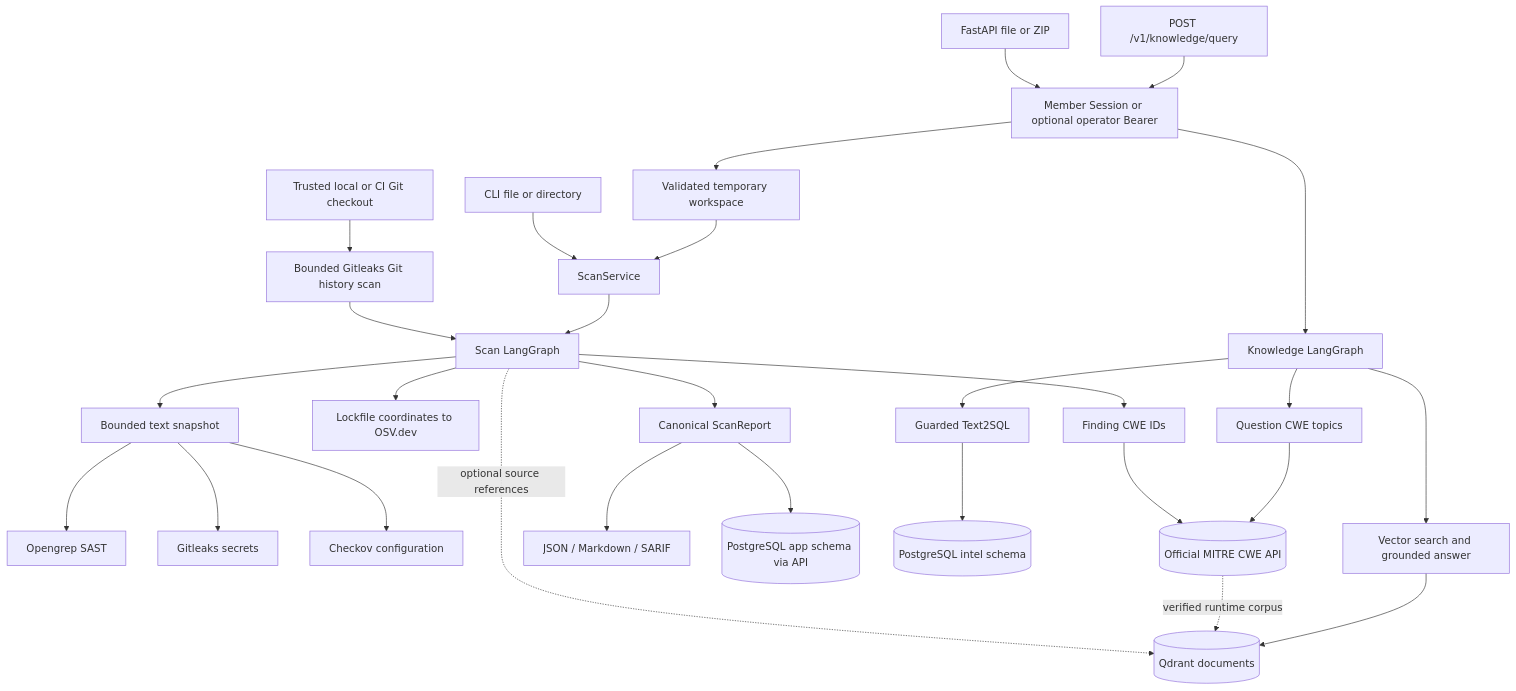
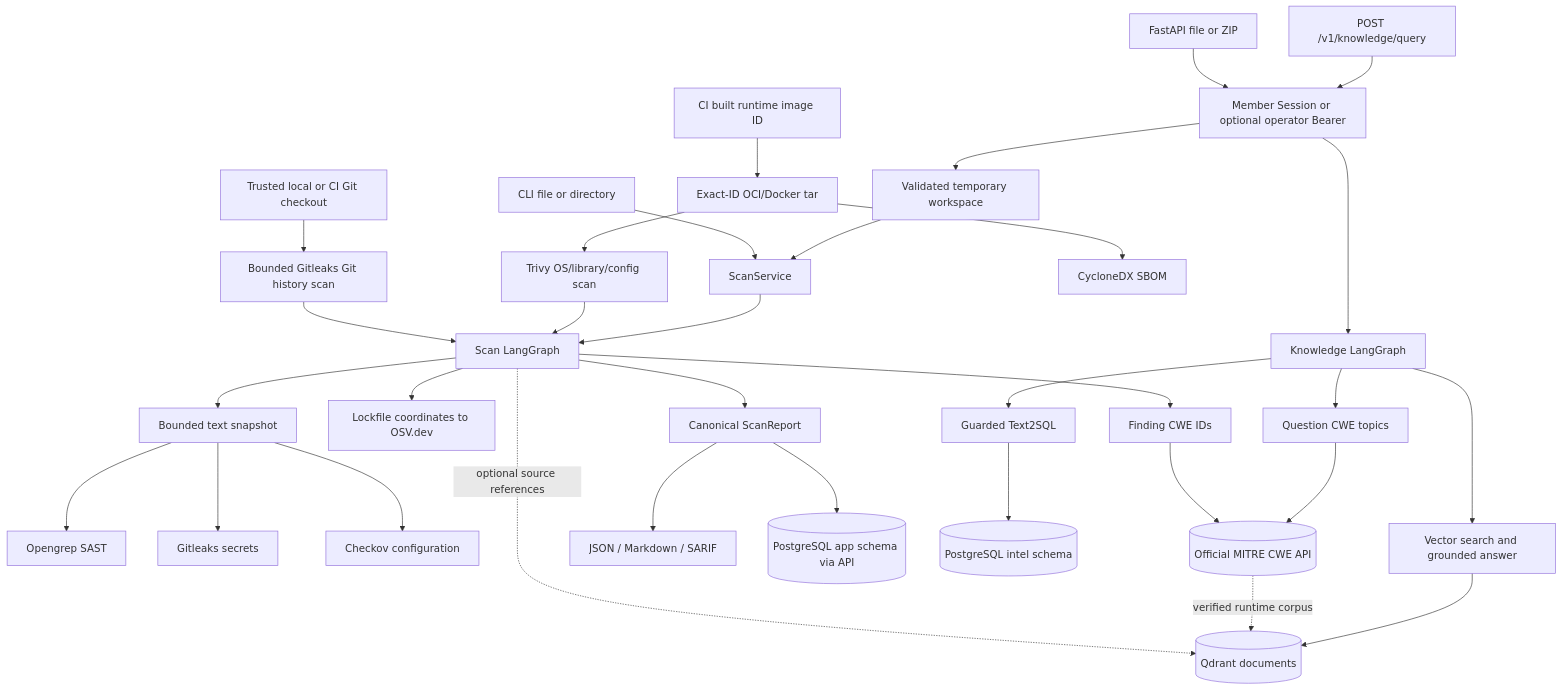
The diagram in docs/architecture.md (taehyeon-git/SecRAGraph), drawn with Mermaid before and after one commit. The commit also changed other lines of this file and 31 other files, not shown here.

First line of the commit message:
Add runtime image scanning and CycloneDX SBOM

````diff
--- a/docs/architecture.md
+++ b/docs/architecture.md
@@ -7,30 +7,34 @@
 ```mermaid
 flowchart TB
   FILE[CLI file or directory] --> SCAN[ScanService]
   HISTORY[Trusted local or CI Git checkout] --> HSCAN[Bounded Gitleaks Git history scan]
   HSCAN --> SGRAPH
+  IMAGE[CI built runtime image ID] --> ITAR[Exact-ID OCI/Docker tar]
+  ITAR --> ISCANNER[Trivy OS/library/config scan]
+  ISCANNER --> SGRAPH
+  ITAR --> SBOM[CycloneDX SBOM]
   UPLOAD[FastAPI file or ZIP] --> AUTH[Member Session or optional operator Bearer]
   AUTH --> TEMP[Validated temporary workspace]
   TEMP --> SCAN
   SCAN --> SGRAPH[Scan LangGraph]
   SGRAPH --> SNAP[Bounded text snapshot]
   SNAP --> SAST[Opengrep SAST]
   SNAP --> SECRET[Gitleaks secrets]
   SNAP --> CONFIG[Checkov configuration]
   SGRAPH --> OSV[Lockfile coordinates to OSV.dev]
   SGRAPH --> CWE[Finding CWE IDs]
   CWE --> MITRE[(Official MITRE CWE API)]
   SGRAPH -. optional source references .-> QDRANT[(Qdrant documents)]
   SGRAPH --> CANON[Canonical ScanReport]
   CANON --> FORMATS[JSON / Markdown / SARIF]
   CANON --> APPDB[(PostgreSQL app schema via API)]
   QUESTION[POST /v1/knowledge/query] --> AUTH
   AUTH --> KGRAPH[Knowledge LangGraph]
   KGRAPH --> SQL[Guarded Text2SQL]
   SQL --> INTEL[(PostgreSQL intel schema)]
   KGRAPH --> VEC[Vector search and grounded answer]
   KGRAPH --> TOPICS[Question CWE topics]
   TOPICS --> MITRE
   MITRE -. verified runtime corpus .-> QDRANT
   VEC --> QDRANT
 ```
````
